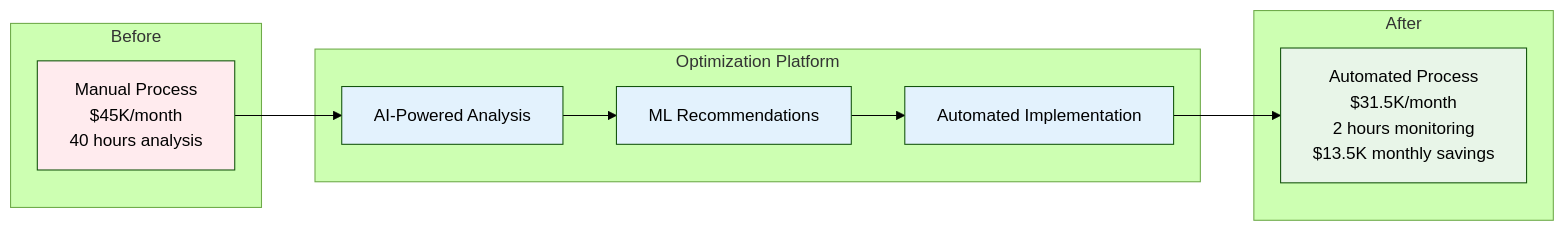
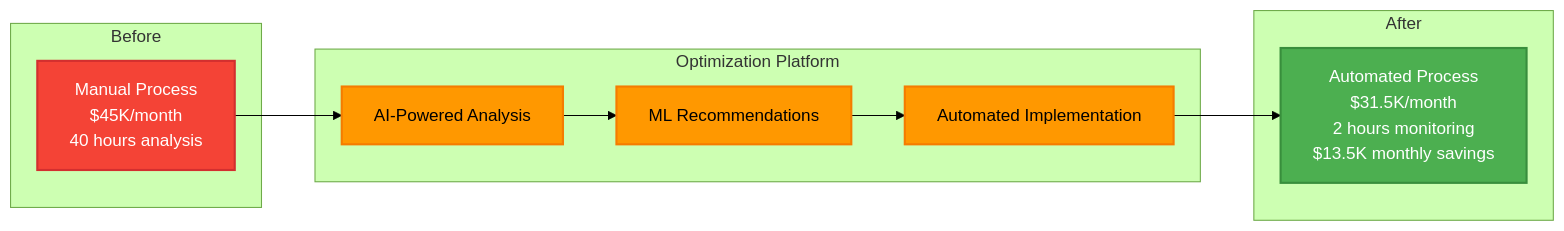
Before and after one commit to yashshah-dev/cloud-cost-optimizer: the fourth of 7 diagrams in README.md, drawn with Mermaid (forest theme). The commit also changed other lines of this file, not shown here.

First line of the commit message:
Fix Mermaid diagram colors for better text visibility

````diff
--- a/README.md
+++ b/README.md
@@ -136,27 +136,27 @@
 ```mermaid
 graph LR
     subgraph "Before"
         A1[Manual Process<br/>$45K/month<br/>40 hours analysis]
     end
     
     subgraph "Optimization Platform"
         B1[AI-Powered Analysis]
         B2[ML Recommendations]
         B3[Automated Implementation]
     end
     
     subgraph "After"
         C1[Automated Process<br/>$31.5K/month<br/>2 hours monitoring<br/>$13.5K monthly savings]
     end
     
     A1 --> B1
     B1 --> B2
     B2 --> B3
     B3 --> C1
     
-    style A1 fill:#ffebee
-    style B1 fill:#e3f2fd
-    style B2 fill:#e3f2fd
-    style B3 fill:#e3f2fd
-    style C1 fill:#e8f5e8
+    style A1 fill:#F44336,stroke:#D32F2F,stroke-width:2px,color:#FFF
+    style B1 fill:#FF9800,stroke:#F57C00,stroke-width:2px,color:#000
+    style B2 fill:#FF9800,stroke:#F57C00,stroke-width:2px,color:#000
+    style B3 fill:#FF9800,stroke:#F57C00,stroke-width:2px,color:#000
+    style C1 fill:#4CAF50,stroke:#388E3C,stroke-width:2px,color:#FFF
 ```
````
